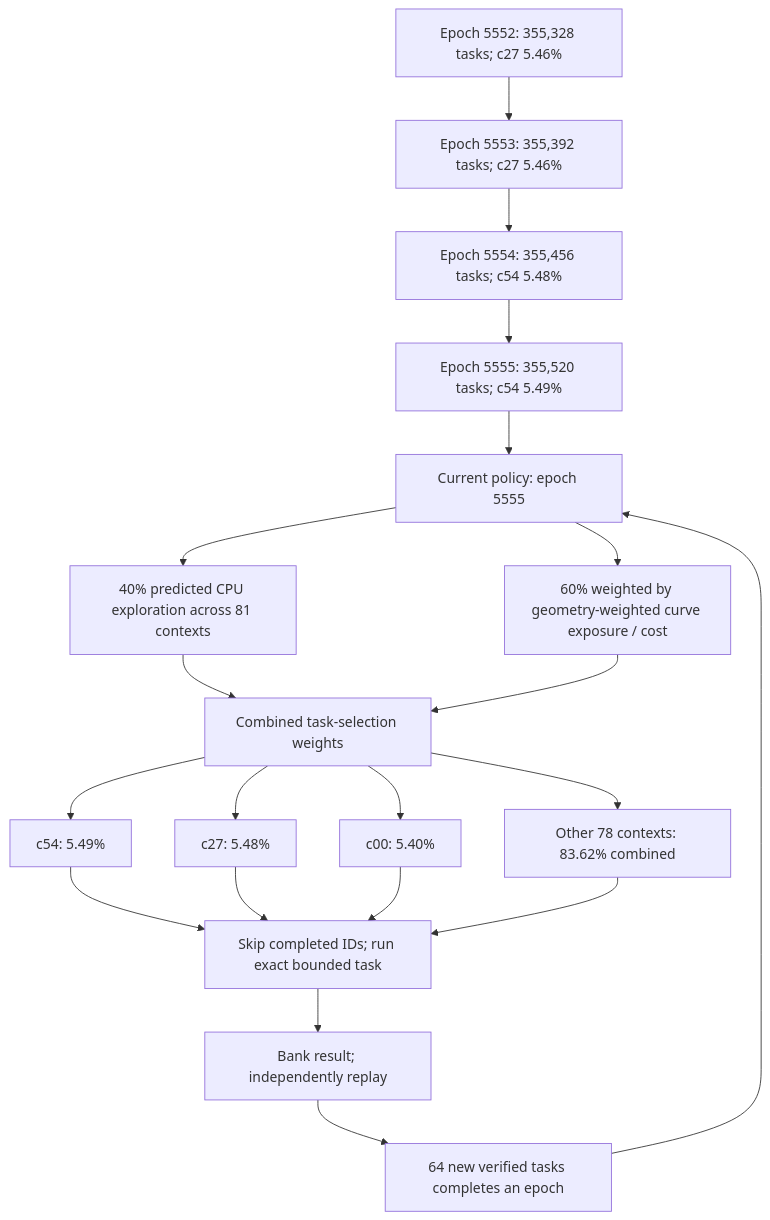
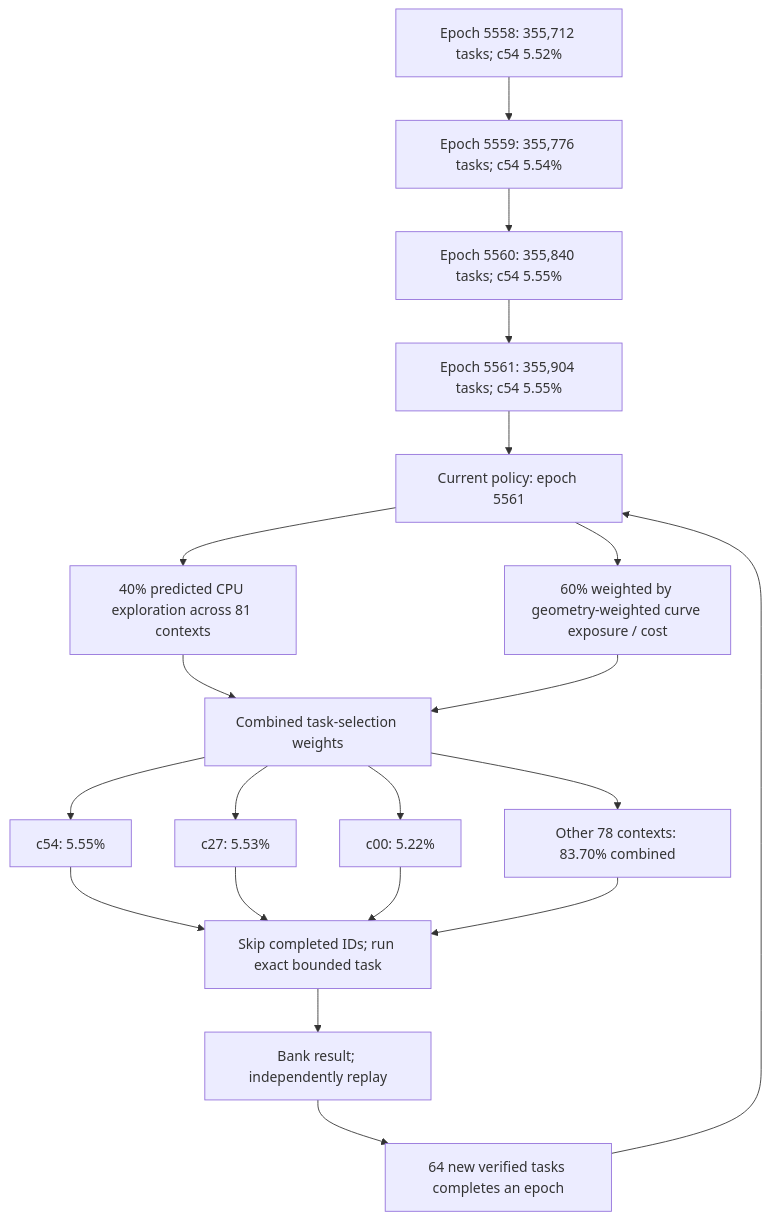
One commit to Kuberwastaken/math-gambling changed the first of 3 diagrams in README.md. Above: the diagram before and after it, drawn with Mermaid. The commit also changed other lines of this file and 1472 other files, not shown here.

````diff
--- a/README.md
+++ b/README.md
@@ -60,27 +60,27 @@
 ```mermaid
 flowchart TD
-    H0["Epoch 5552: 355,328 tasks; c27 5.46%"]
-    H1["Epoch 5553: 355,392 tasks; c27 5.46%"]
+    H0["Epoch 5558: 355,712 tasks; c54 5.52%"]
+    H1["Epoch 5559: 355,776 tasks; c54 5.54%"]
     H0 --> H1
-    H2["Epoch 5554: 355,456 tasks; c54 5.48%"]
+    H2["Epoch 5560: 355,840 tasks; c54 5.55%"]
     H1 --> H2
-    H3["Epoch 5555: 355,520 tasks; c54 5.49%"]
+    H3["Epoch 5561: 355,904 tasks; c54 5.55%"]
     H2 --> H3
-    Policy["Current policy: epoch 5555"]
+    Policy["Current policy: epoch 5561"]
     H3 --> Policy
     Policy --> Explore["40% predicted CPU exploration across 81 contexts"]
     Policy --> Cost["60% weighted by geometry-weighted curve exposure / cost"]
     Explore --> Mix["Combined task-selection weights"]
     Cost --> Mix
-    Mix --> C0["c54: 5.49%"]
-    Mix --> C1["c27: 5.48%"]
-    Mix --> C2["c00: 5.40%"]
-    Mix --> Rest["Other 78 contexts: 83.62% combined"]
+    Mix --> C0["c54: 5.55%"]
+    Mix --> C1["c27: 5.53%"]
+    Mix --> C2["c00: 5.22%"]
+    Mix --> Rest["Other 78 contexts: 83.70% combined"]
     C0 --> Check["Skip completed IDs; run exact bounded task"]
     C1 --> Check
     C2 --> Check
     Rest --> Check
     Check --> Replay["Bank result; independently replay"]
     Replay --> Gate["64 new verified tasks completes an epoch"]
     Gate --> Policy
 ```
````
